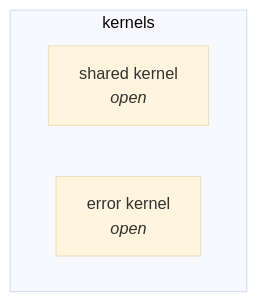
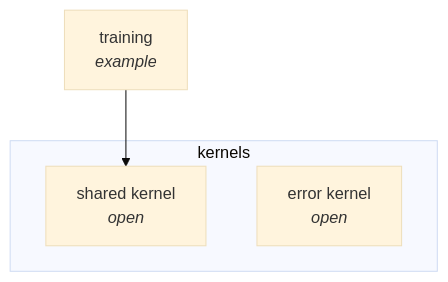
Before and after one commit to maxenceng/claude-tools: the diagram in templates/spring-ddd/docs/context-map.md, drawn with Mermaid (base theme). The commit also changed other lines of this file and 39 other files, not shown here.

````diff
--- a/templates/spring-ddd/docs/context-map.md
+++ b/templates/spring-ddd/docs/context-map.md
@@ -20,7 +21,8 @@
 ```mermaid
 graph TD
     subgraph kernels
         shared[shared kernel<br/><i>open</i>]
         error[error kernel<br/><i>open</i>]
     end
+    training[training<br/><i>example</i>] --> shared
 ```
````
